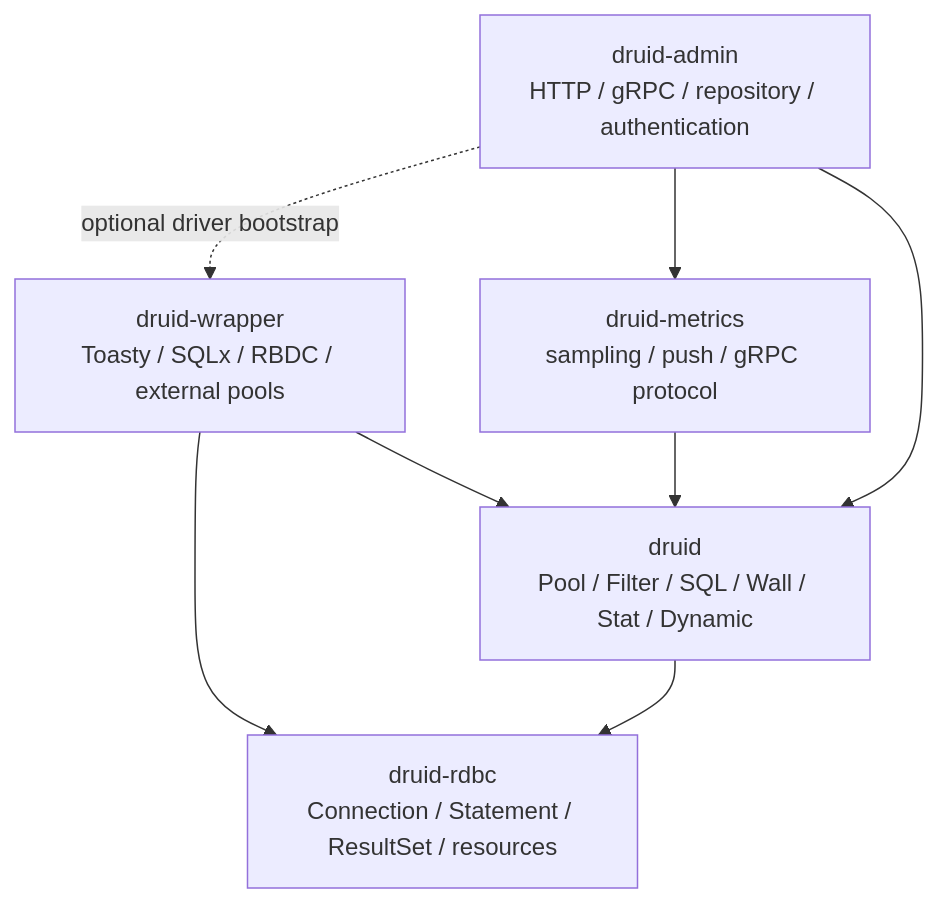
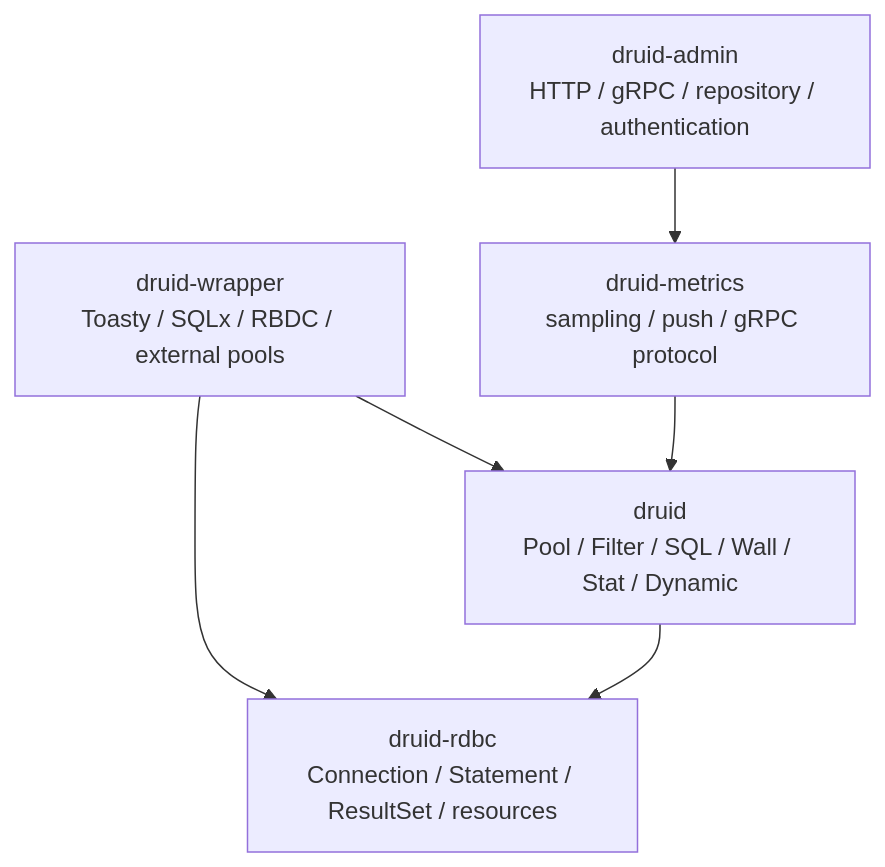
One commit to easy-4-rust/druid-rust changed the first of 2 diagrams in README.md. Above: the diagram before and after it, drawn with Mermaid. The commit also changed other lines of this file and 9 other files, not shown here.

````diff
--- a/README.md
+++ b/README.md
@@ -162,10 +162,8 @@
 ```mermaid
 flowchart TD
     WRAPPER["druid-wrapper<br/>Toasty / SQLx / RBDC / external pools"] --> DRUID["druid<br/>Pool / Filter / SQL / Wall / Stat / Dynamic"]
     WRAPPER --> RDBC["druid-rdbc<br/>Connection / Statement / ResultSet / resources"]
     DRUID --> RDBC
     METRICS["druid-metrics<br/>sampling / push / gRPC protocol"] --> DRUID
     ADMIN["druid-admin<br/>HTTP / gRPC / repository / authentication"] --> METRICS
-    ADMIN --> DRUID
-    ADMIN -. "optional driver bootstrap" .-> WRAPPER
 ```
````
